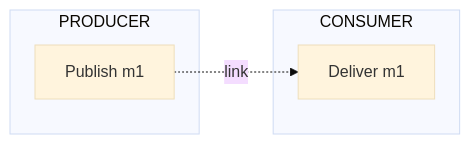
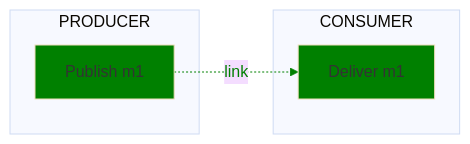
One commit to open-telemetry/oteps changed the second of 13 diagrams in text/trace/0220-messaging-semantic-conventions-span-structure.md. Above: the diagram before and after it, drawn with Mermaid (base theme). The commit also changed other lines of this file, not shown here.

Commit message:
Fix mermaid colors

````diff
--- a/text/trace/0220-messaging-semantic-conventions-span-structure.md
+++ b/text/trace/0220-messaging-semantic-conventions-span-structure.md
@@ -315,10 +315,14 @@
 ```mermaid
 flowchart LR;
   subgraph PRODUCER
   PM1[Publish m1]
   end
   subgraph CONSUMER
   DM1[Deliver m1]
   end
   PM1-. link .->DM1;
+
+  classDef normal fill:green
+  class PM1,DM1 normal
+  linkStyle 0 color:green,stroke:green
 ```
````
